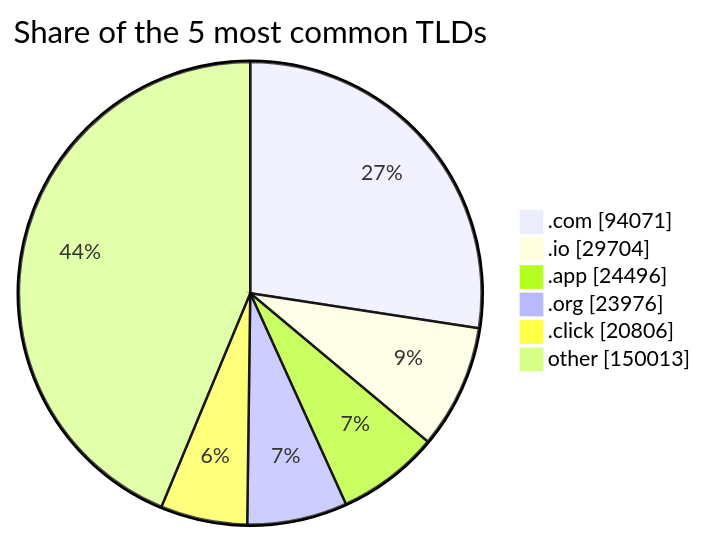
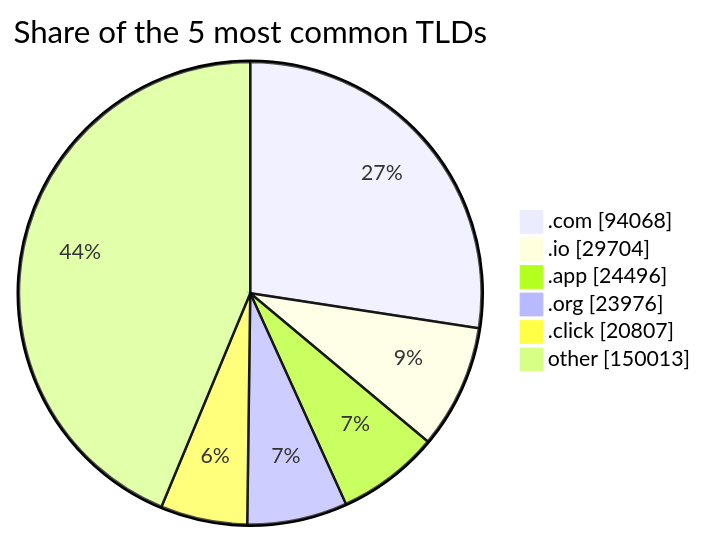
One commit to DNSBunker/CTI changed the third of 3 diagrams in README.md. Above: the diagram before and after it, drawn with Mermaid. The commit also changed other lines of this file and 3 other files, not shown here.

````diff
--- a/README.md
+++ b/README.md
@@ -81,9 +81,9 @@
 ```mermaid
 pie showData title Share of the 5 most common TLDs
-    ".com" : 94071
+    ".com" : 94068
     ".io" : 29704
     ".app" : 24496
     ".org" : 23976
-    ".click" : 20806
+    ".click" : 20807
     "other" : 150013
 ```
````
